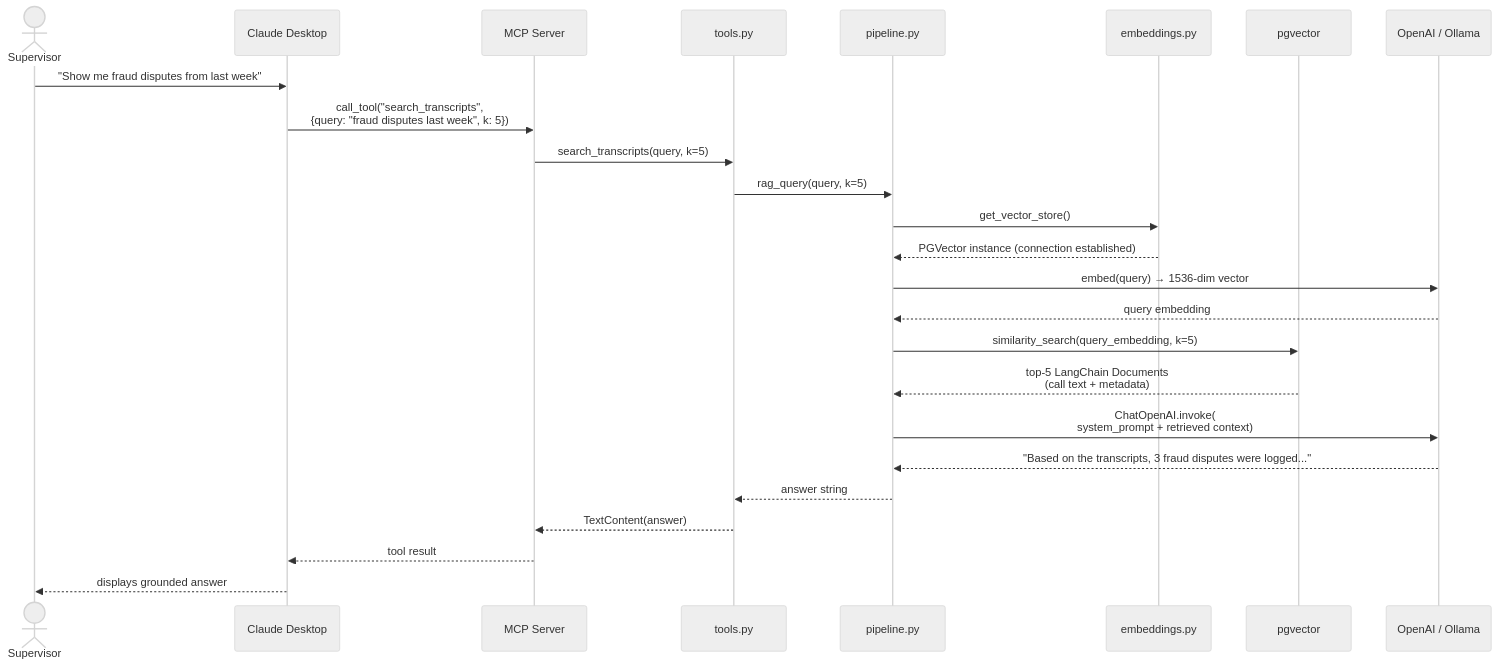
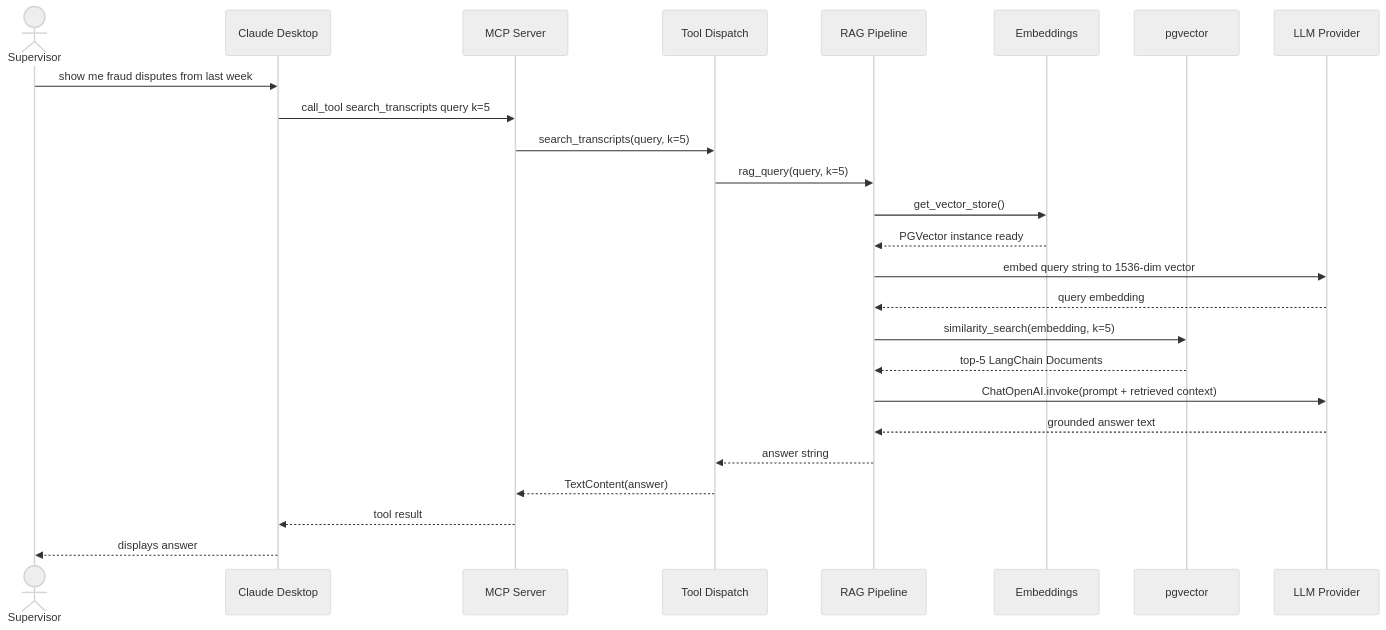
One commit to HendoCode/contact-center-ai changed the fourth of 5 diagrams in blogs/01-the-blueprint/index.md. Above: the diagram before and after it, drawn with Mermaid (neutral theme). The commit also changed other lines of this file and 2 other files, not shown here.

First line of the commit message:
Fix Mermaid diagram syntax for reliable rendering

````diff
--- a/blogs/01-the-blueprint/index.md
+++ b/blogs/01-the-blueprint/index.md
@@ -158,28 +159,28 @@
 ```mermaid
 sequenceDiagram
     actor Supervisor
     participant CD as Claude Desktop
     participant MCP as MCP Server
-    participant Tools as tools.py
-    participant RAG as pipeline.py
-    participant Embed as embeddings.py
+    participant Tools as Tool Dispatch
+    participant RAG as RAG Pipeline
+    participant Embed as Embeddings
     participant PG as pgvector
-    participant LLM as OpenAI / Ollama
+    participant LLM as LLM Provider
 
-    Supervisor->>CD: "Show me fraud disputes from last week"
-    CD->>MCP: call_tool("search_transcripts",<br/>{query: "fraud disputes last week", k: 5})
+    Supervisor->>CD: show me fraud disputes from last week
+    CD->>MCP: call_tool search_transcripts query k=5
     MCP->>Tools: search_transcripts(query, k=5)
     Tools->>RAG: rag_query(query, k=5)
     RAG->>Embed: get_vector_store()
-    Embed-->>RAG: PGVector instance (connection established)
-    RAG->>LLM: embed(query) → 1536-dim vector
+    Embed-->>RAG: PGVector instance ready
+    RAG->>LLM: embed query string to 1536-dim vector
     LLM-->>RAG: query embedding
-    RAG->>PG: similarity_search(query_embedding, k=5)
-    PG-->>RAG: top-5 LangChain Documents<br/>(call text + metadata)
-    RAG->>LLM: ChatOpenAI.invoke(<br/>  system_prompt + retrieved context)
-    LLM-->>RAG: "Based on the transcripts, 3 fraud disputes were logged..."
+    RAG->>PG: similarity_search(embedding, k=5)
+    PG-->>RAG: top-5 LangChain Documents
+    RAG->>LLM: ChatOpenAI.invoke(prompt + retrieved context)
+    LLM-->>RAG: grounded answer text
     RAG-->>Tools: answer string
     Tools-->>MCP: TextContent(answer)
     MCP-->>CD: tool result
-    CD-->>Supervisor: displays grounded answer
+    CD-->>Supervisor: displays answer
 ```
````
